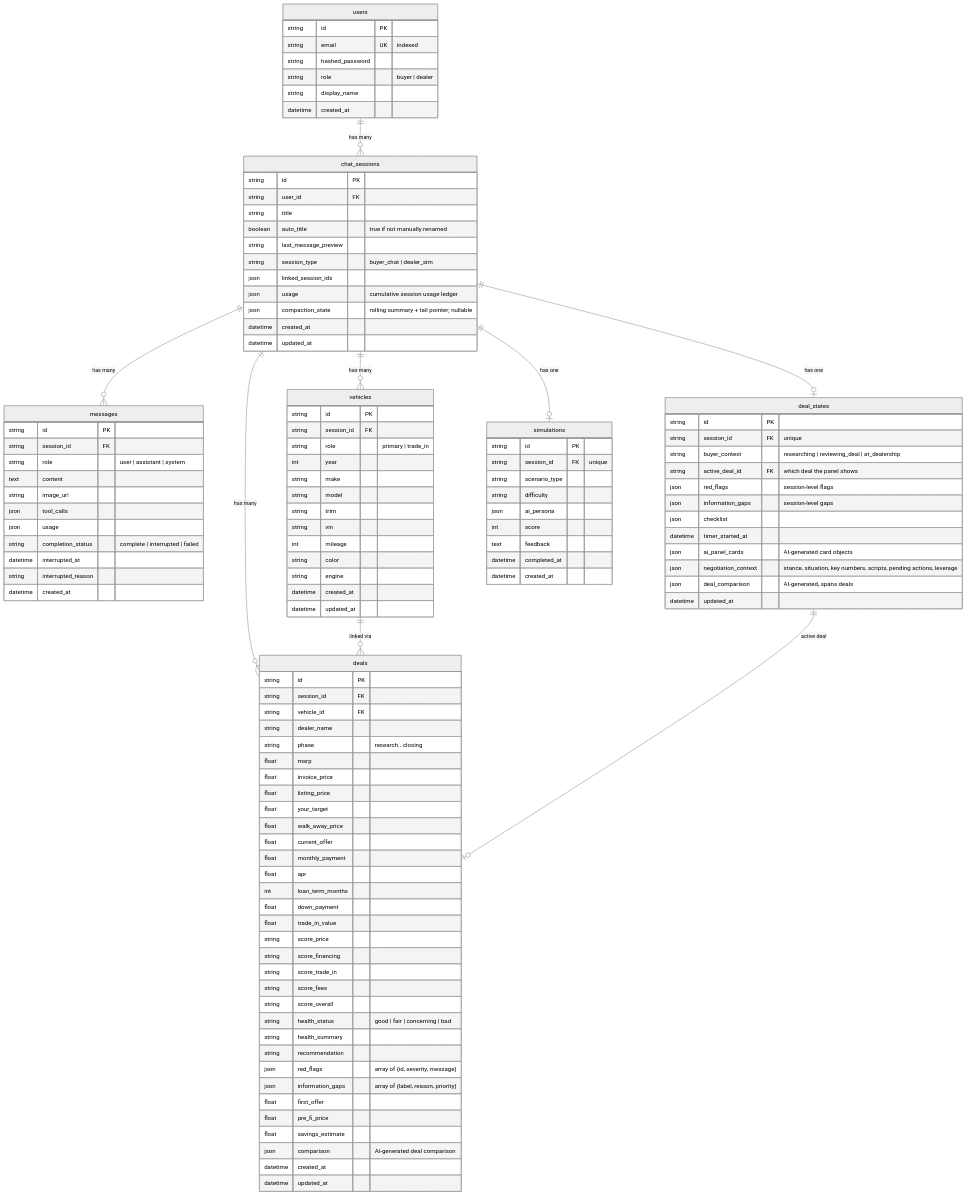
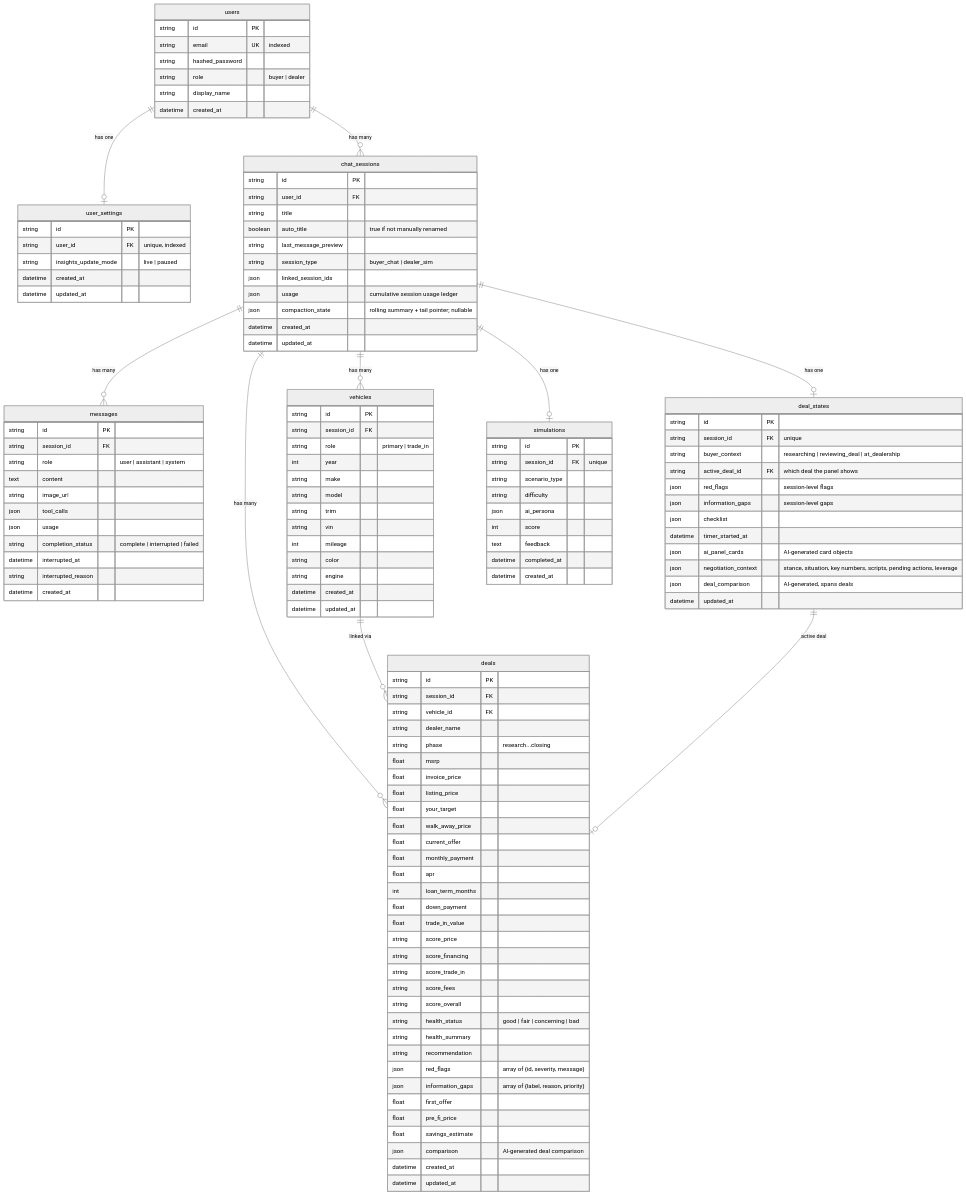
Before and after one commit to kramersmith/dealership-ai: the second of 2 diagrams in docs/TRD.md, drawn with Mermaid (neutral theme). The commit also changed other lines of this file and 37 other files, not shown here.

First line of the commit message:
feat(settings): add user settings with panel update policy and desktop collapse preference

````diff
--- a/docs/TRD.md
+++ b/docs/TRD.md
@@ -351,5 +354,6 @@
 ```mermaid
 erDiagram
+    users ||--o| user_settings : "has one"
     users ||--o{ chat_sessions : "has many"
     chat_sessions ||--o{ messages : "has many"
     chat_sessions ||--o| deal_states : "has one"
@@ -366,6 +370,14 @@
         string role "buyer | dealer"
         string display_name
         datetime created_at
+    }
+
+    user_settings {
+        string id PK
+        string user_id FK "unique, indexed"
+        string insights_update_mode "live | paused"
+        datetime created_at
+        datetime updated_at
     }
 
     chat_sessions {
````
